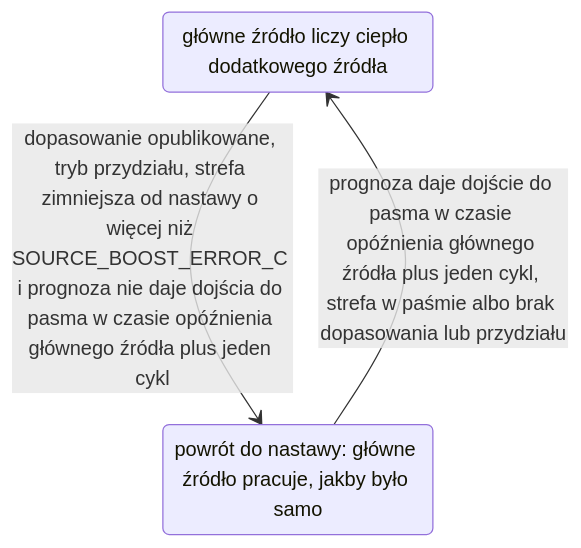
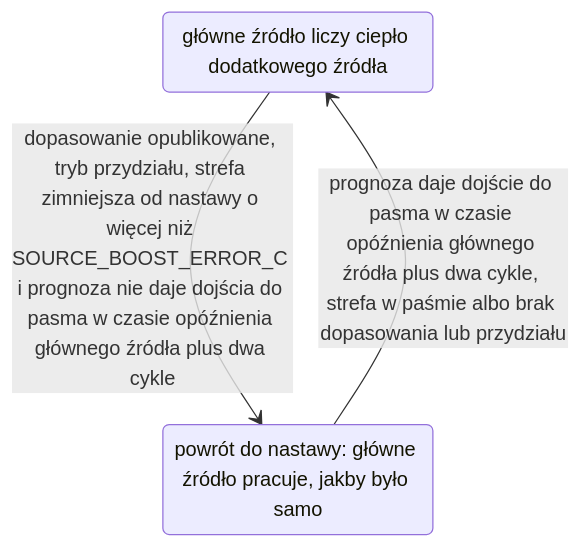
The eighth of 11 diagrams in documentation/pl/zone_dependencies.md (Shadow-230/vtherm_smartpi), drawn with Mermaid before and after one commit. The commit also changed other lines of this file and 26 other files, not shown here.

````diff
--- a/documentation/pl/zone_dependencies.md
+++ b/documentation/pl/zone_dependencies.md
@@ -908,7 +917,7 @@
 ```mermaid
 stateDiagram-v2
     state "główne źródło liczy ciepło dodatkowego źródła" as Counted
     state "powrót do nastawy: główne źródło pracuje, jakby było samo" as Boost
-    Counted --> Boost: dopasowanie opublikowane, tryb przydziału, strefa zimniejsza od nastawy o więcej niż SOURCE_BOOST_ERROR_C i prognoza nie daje dojścia do pasma w czasie opóźnienia głównego źródła plus jeden cykl
-    Boost --> Counted: prognoza daje dojście do pasma w czasie opóźnienia głównego źródła plus jeden cykl, strefa w paśmie albo brak dopasowania lub przydziału
+    Counted --> Boost: dopasowanie opublikowane, tryb przydziału, strefa zimniejsza od nastawy o więcej niż SOURCE_BOOST_ERROR_C i prognoza nie daje dojścia do pasma w czasie opóźnienia głównego źródła plus dwa cykle
+    Boost --> Counted: prognoza daje dojście do pasma w czasie opóźnienia głównego źródła plus dwa cykle, strefa w paśmie albo brak dopasowania lub przydziału
 ```
````
